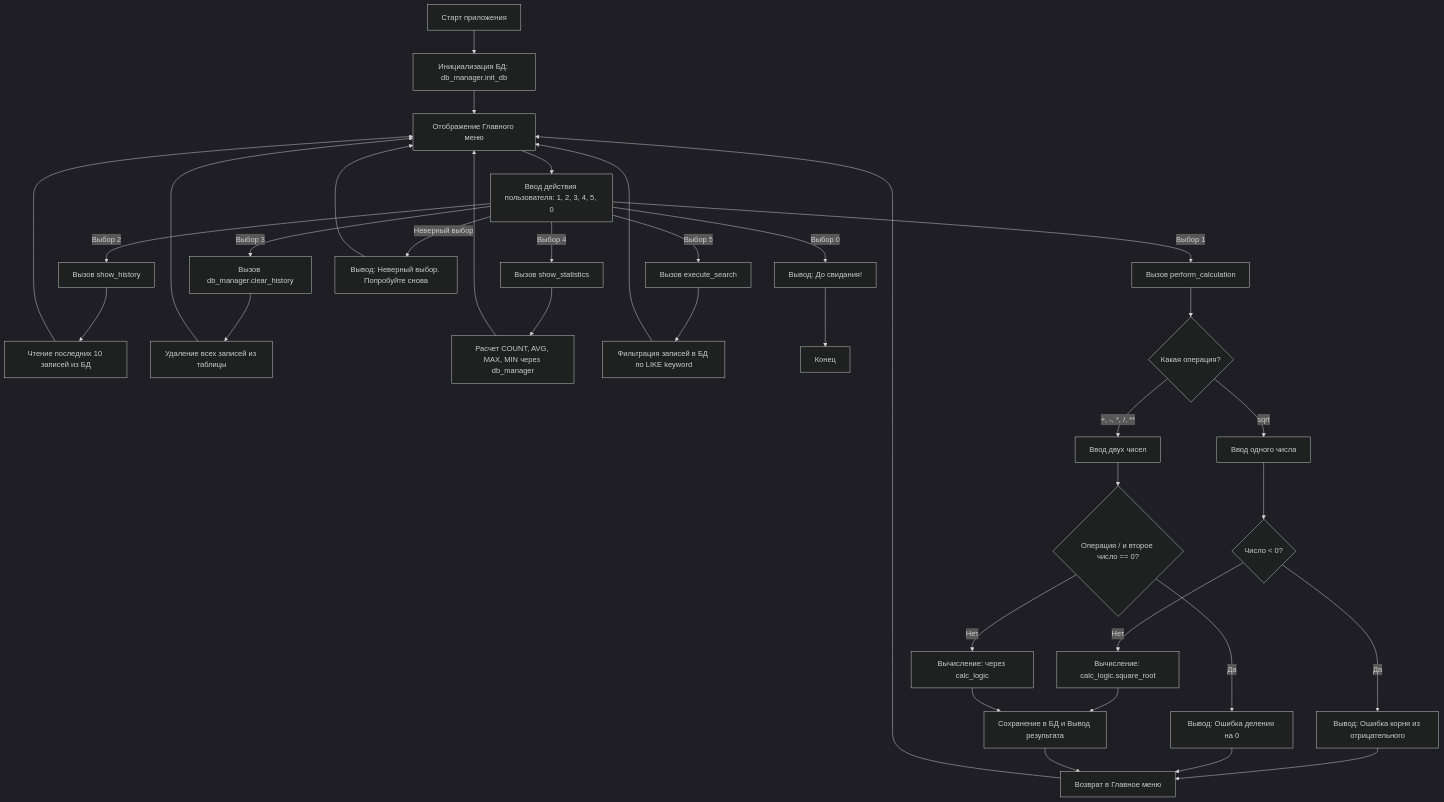
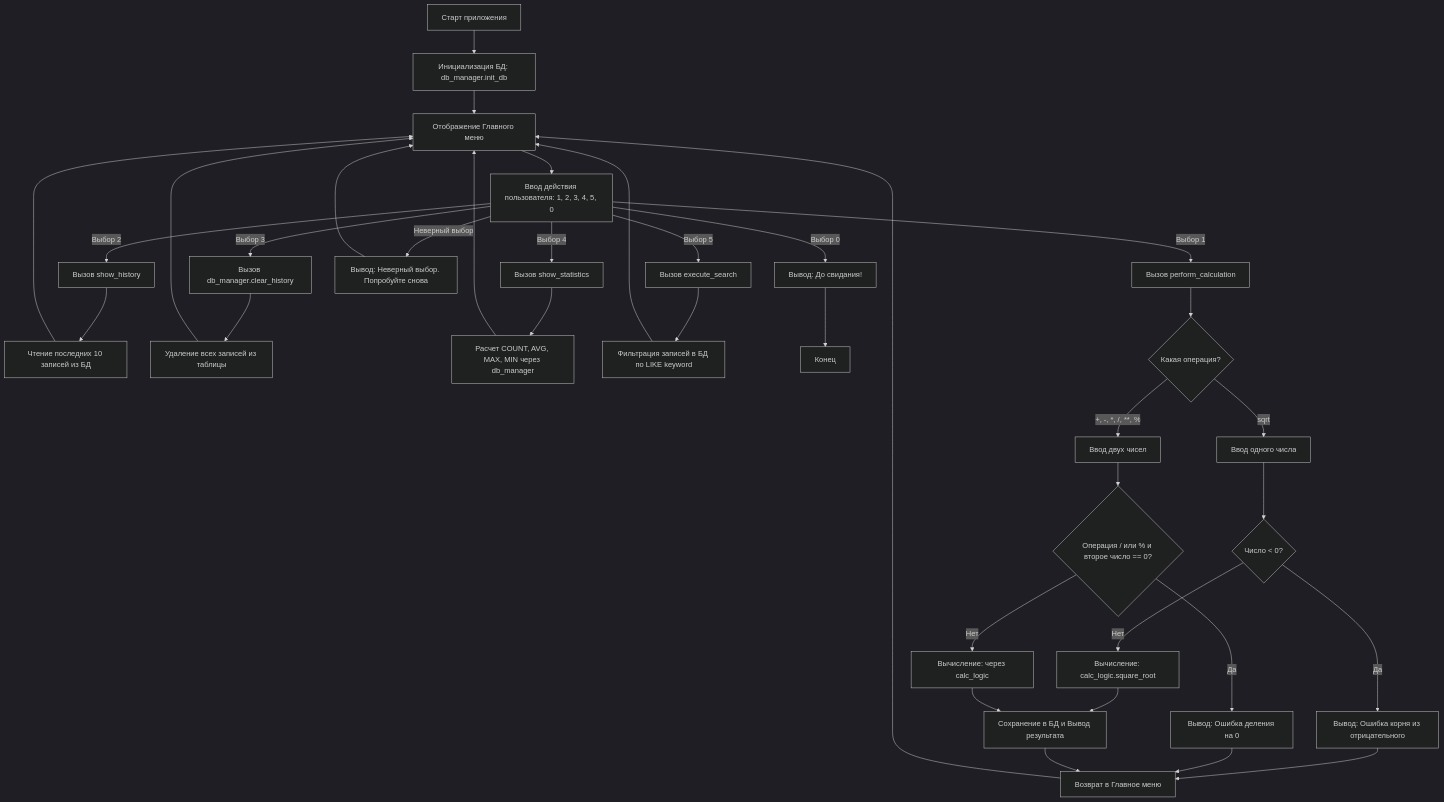
One commit to vovanmakrushin/calculator changed the diagram in README.md. Above: the diagram before and after it, drawn with Mermaid (dark theme). The commit also changed other lines of this file, not shown here.

````diff
--- a/README.md
+++ b/README.md
@@ -39,57 +56,57 @@
 ```mermaid
 graph TD
     A[Старт приложения] --> B[Инициализация БД: db_manager.init_db]
     B --> C[Отображение Главного меню]
     C --> D[Ввод действия пользователя: 1, 2, 3, 4, 5, 0]
     
     %% Ветка 2: История
     D -->|Выбор 2| H[Вызов show_history]
     H --> I[Чтение последних 10 записей из БД]
     I --> C
     
     %% Ветка 3: Очистка
     D -->|Выбор 3| J[Вызов db_manager.clear_history]
     J --> K[Удаление всех записей из таблицы]
     K --> C
     
     %% Ветка 4: Статистика
     D -->|Выбор 4| L1[Вызов show_statistics]
     L1 --> L2[Расчет COUNT, AVG, MAX, MIN через db_manager]
     L2 --> C
     
     %% Ветка 5: Поиск
     D -->|Выбор 5| M1[Вызов execute_search]
     M1 --> M2[Фильтрация записей в БД по LIKE keyword]
     M2 --> C
     
     %% Ветка ошибки ввода меню
     D -->|Неверный выбор| N[Вывод: Неверный выбор. Попробуйте снова]
     N --> C
     
     %% Ветка 0: Выход
     D -->|Выбор 0| L[Вывод: До свидания!]
     L --> M[Конец]
     
     %% Ветка 1: Вычисления
     D -->|Выбор 1| E[Вызов perform_calculation]
     E --> O{Какая операция?}
     
     O -->|sqrt| P[Ввод одного числа]
-    O -->|+, -, *, /, **| Q[Ввод двух чисел]
+    O -->|+, -, *, /, **, %| Q[Ввод двух чисел]
     
     P --> R{Число < 0?}
     R -- Да --> S[Вывод: Ошибка корня из отрицательного]
     R -- Нет --> T[Вычисление: calc_logic.square_root]
     
-    Q --> U{Операция / и второе число == 0?}
+    Q --> U{Операция / или % и второе число == 0?}
     U -- Да --> V[Вывод: Ошибка деления на 0]
     U -- Нет --> W[Вычисление: через calc_logic]
     
     S --> X[Возврат в Главное меню]
     V --> X
     
     T --> Y[Сохранение в БД и Вывод результата]
     W --> Y
     Y --> X
     X --> C
 ```
````
